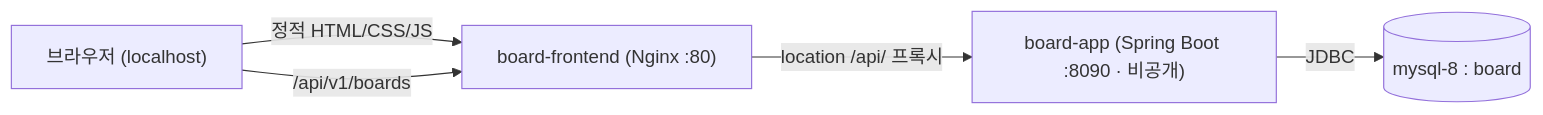
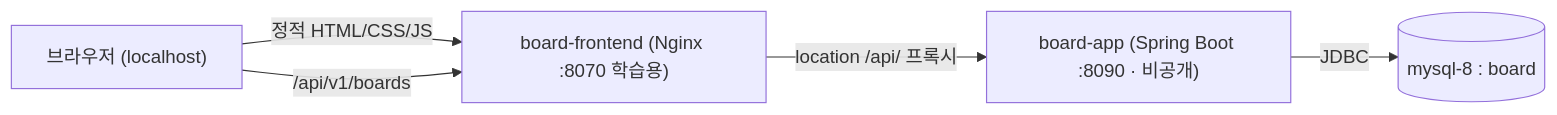
One commit to icesnake72/boards changed the first of 2 diagrams in docs/lecture/FRONTEND-DEPLOY.md. Above: the diagram before and after it, drawn with Mermaid. The commit also changed other lines of this file and 5 other files, not shown here.

````diff
--- a/docs/lecture/FRONTEND-DEPLOY.md
+++ b/docs/lecture/FRONTEND-DEPLOY.md
@@ -21,7 +21,7 @@
 ```mermaid
 flowchart LR
-  B["브라우저 (localhost)"] -->|"정적 HTML/CSS/JS"| NGINX["board-frontend (Nginx :80)"]
+  B["브라우저 (localhost)"] -->|"정적 HTML/CSS/JS"| NGINX["board-frontend (Nginx :8070 학습용)"]
   B -->|"/api/v1/boards"| NGINX
   NGINX -->|"location /api/ 프록시"| APP["board-app (Spring Boot :8090 · 비공개)"]
   APP -->|"JDBC"| DB[("mysql-8 : board")]
 ```
````
